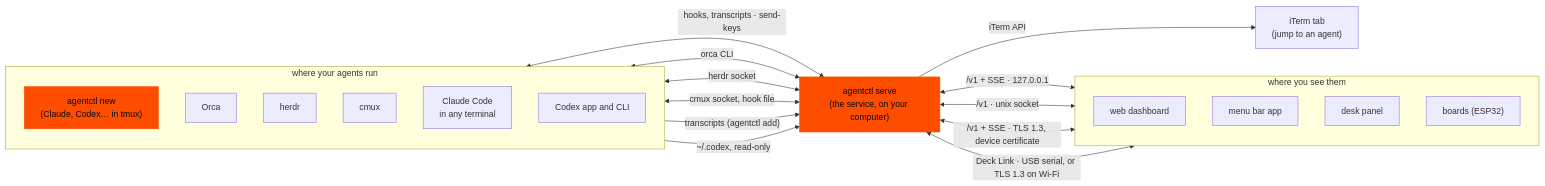
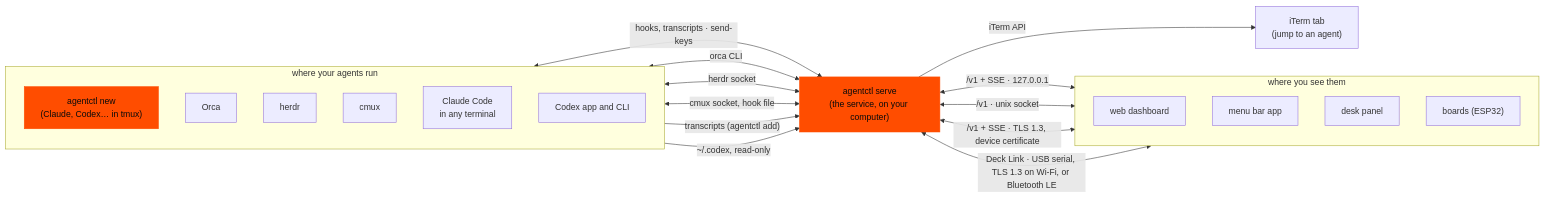
Before and after one commit to brushknight/agents-deck: the diagram in README.md, drawn with Mermaid. The commit also changed other lines of this file, not shown here.

First line of the commit message:
README for 0.2.0: what you see, Needs you, Bluetooth, updates

````diff
--- a/README.md
+++ b/README.md
@@ -304,32 +430,32 @@
 ```mermaid
 flowchart LR
   subgraph run["where your agents run"]
     direction TB
     A["agentctl new<br/>(Claude, Codex… in tmux)"]:::a
     O["Orca"]
     H["herdr"]
     M["cmux"]
     L["Claude Code<br/>in any terminal"]
     X["Codex app and CLI"]
   end
   D["agentctl serve<br/>(the service, on your computer)"]:::a
   subgraph see["where you see them"]
     direction TB
     W["web dashboard"]
     MB["menu bar app"]
     P["desk panel"]
     B["boards (ESP32)"]
   end
   A <-->|"hooks, transcripts · send-keys"| D
   O <-->|"orca CLI"| D
   H <-->|"herdr socket"| D
   M <-->|"cmux socket, hook file"| D
   L -->|"transcripts (agentctl add)"| D
   X -->|"~/.codex, read-only"| D
   D <-->|"/v1 + SSE · 127.0.0.1"| W
   D <-->|"/v1 · unix socket"| MB
   D <-->|"/v1 + SSE · TLS 1.3, device certificate"| P
-  D <-->|"Deck Link · USB serial, or TLS 1.3 on Wi-Fi"| B
+  D <-->|"Deck Link · USB serial, TLS 1.3 on Wi-Fi, or Bluetooth LE"| B
   D -->|"iTerm API"| I["iTerm tab<br/>(jump to an agent)"]
   classDef a fill:#FF4D00,color:#0A0A0A,stroke:#FF4D00
 ```
````
